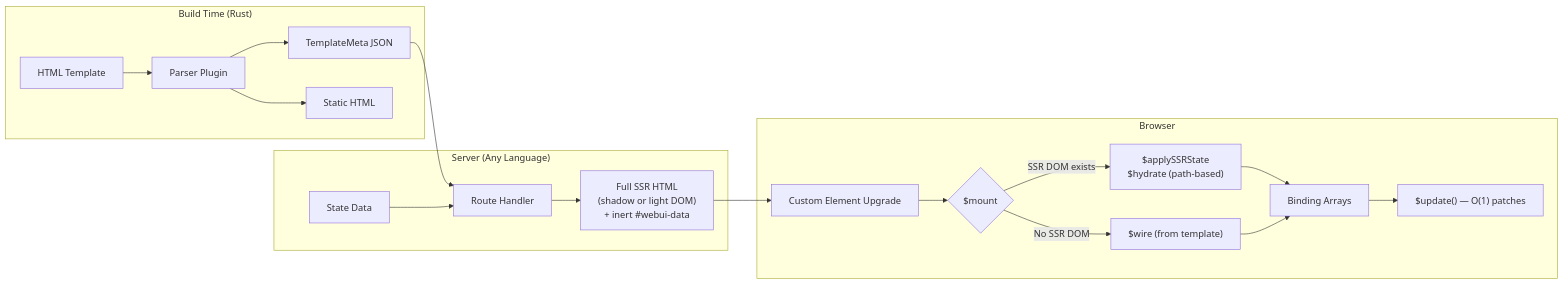
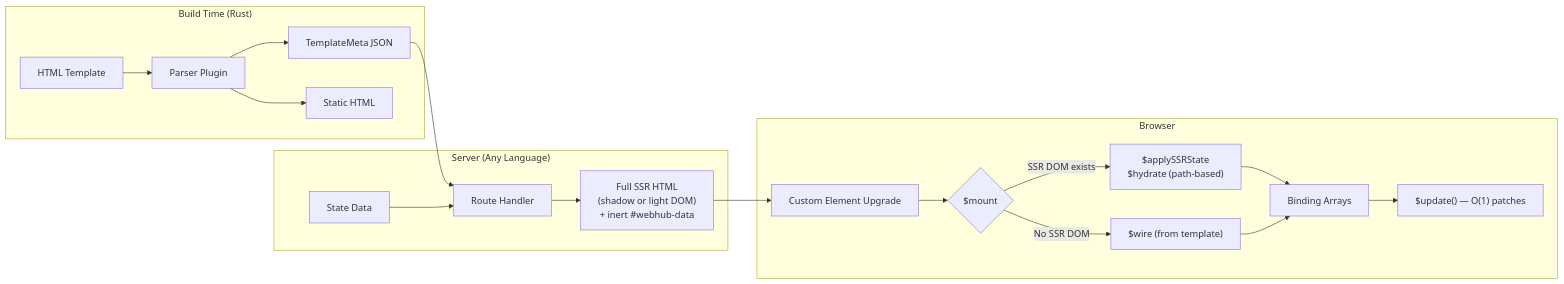
Before and after one commit to dcnsakthi/webhub: the first of 7 diagrams in packages/webhub-framework/README.md, drawn with Mermaid. The commit also changed other lines of this file and 503 other files, not shown here.

````diff
--- a/packages/webhub-framework/README.md
+++ b/packages/webhub-framework/README.md
@@ -424,24 +424,24 @@
 ```mermaid
 flowchart LR
     subgraph Build ["Build Time (Rust)"]
         T[HTML Template] --> P[Parser Plugin]
         P --> M[TemplateMeta JSON]
         P --> H[Static HTML]
     end
 
     subgraph Serve ["Server (Any Language)"]
         M --> R[Route Handler]
         S[State Data] --> R
-        R --> HTML["Full SSR HTML<br/>(shadow or light DOM)<br/>+ inert #webui-data"]
+        R --> HTML["Full SSR HTML<br/>(shadow or light DOM)<br/>+ inert #webhub-data"]
     end
 
     subgraph Browser ["Browser"]
         HTML --> CE[Custom Element Upgrade]
         CE --> MT{$mount}
         MT -- SSR DOM exists --> SSR["$applySSRState<br/>$hydrate (path-based)"]
         MT -- No SSR DOM --> CL["$wire (from template)"]
         SSR --> BIND[Binding Arrays]
         CL --> BIND
         BIND --> UPD["$update() — O(1) patches"]
     end
 ```
````
